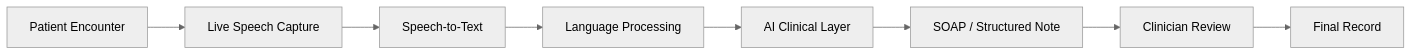
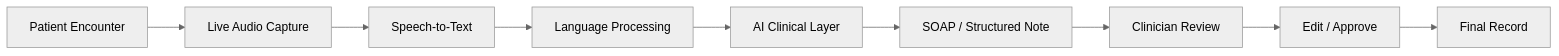
The third of 10 diagrams in README.md (mbs-x/mbs-x), drawn with Mermaid (neutral theme) before and after one commit. The commit also changed other lines of this file, not shown here.

````diff
--- a/README.md
+++ b/README.md
@@ -152,10 +276,11 @@
 ```mermaid
 flowchart LR
-    A[Patient Encounter] --> B[Live Speech Capture]
+    A[Patient Encounter] --> B[Live Audio Capture]
     B --> C[Speech-to-Text]
     C --> D[Language Processing]
     D --> E[AI Clinical Layer]
     E --> F[SOAP / Structured Note]
     F --> G[Clinician Review]
-    G --> H[Final Record]
+    G --> H[Edit / Approve]
+    H --> I[Final Record]
 ```
````
